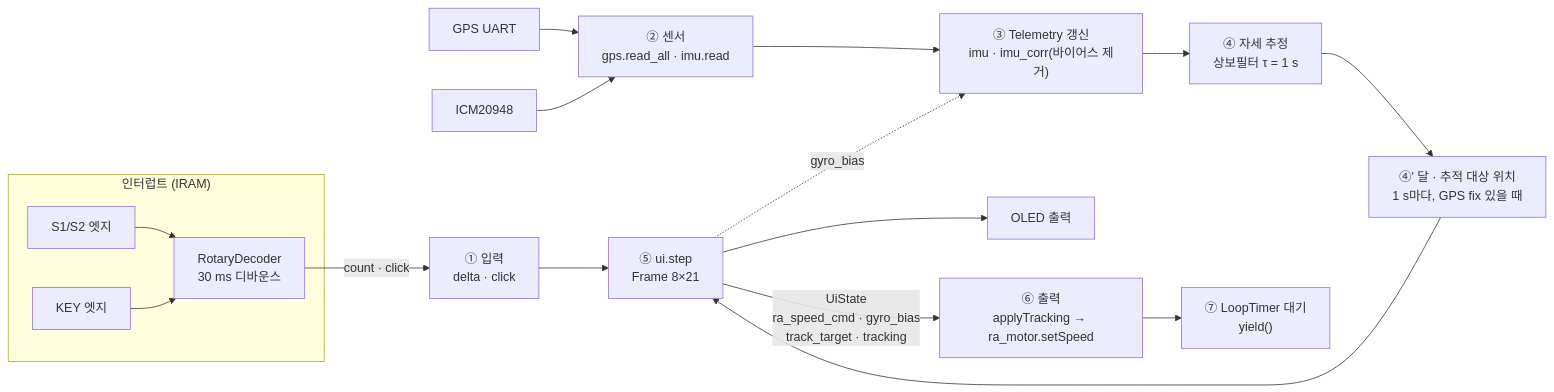
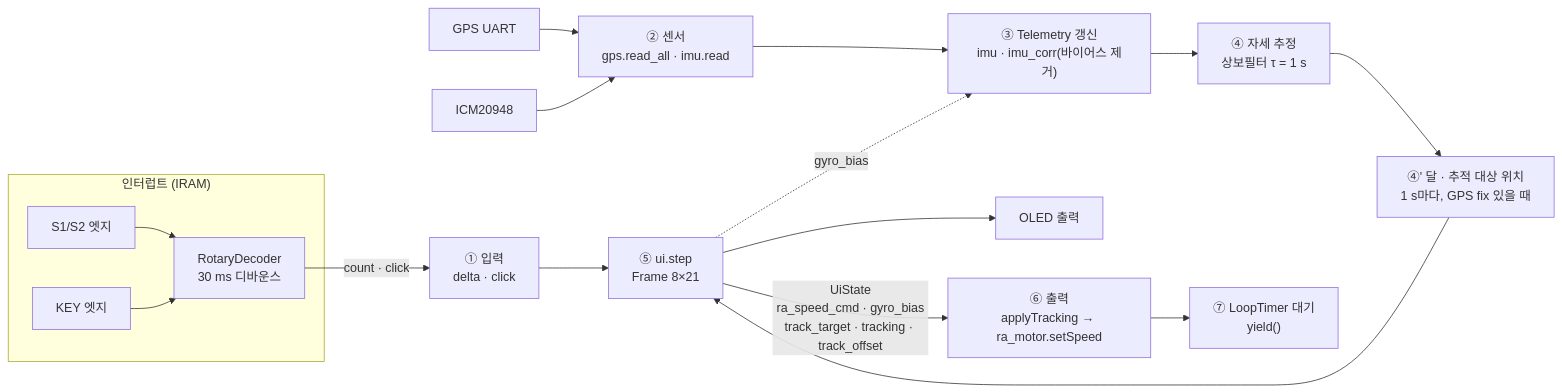
One commit to Kimbyung-wook/EspGotoTelescope changed the second of 3 diagrams in docs/architecture/ARCHITECTURE.md. Above: the diagram before and after it, drawn with Mermaid. The commit also changed 16 other files, not shown here.

````diff
--- a/docs/architecture/ARCHITECTURE.md
+++ b/docs/architecture/ARCHITECTURE.md
@@ -124,20 +124,20 @@
 ```mermaid
 flowchart LR
   subgraph ISR["인터럽트 (IRAM)"]
     E1["S1/S2 엣지"] --> DEC["RotaryDecoder<br/>30 ms 디바운스"]
     E2["KEY 엣지"] --> DEC
   end
 
   DEC -- "count · click" --> IN["① 입력<br/>delta · click"]
   GPSDEV["GPS UART"] --> SEN["② 센서<br/>gps.read_all · imu.read"]
   IMUDEV["ICM20948"] --> SEN
   SEN --> TEL["③ Telemetry 갱신<br/>imu · imu_corr(바이어스 제거)"]
   TEL --> ESTI["④ 자세 추정<br/>상보필터 τ = 1 s"]
   ESTI --> MOON["④' 달 · 추적 대상 위치<br/>1 s마다, GPS fix 있을 때"]
   MOON --> UISTEP["⑤ ui.step<br/>Frame 8×21"]
   IN --> UISTEP
   UISTEP --> DISP["OLED 출력"]
-  UISTEP -- "UiState<br/>ra_speed_cmd · gyro_bias<br/>track_target · tracking" --> OUT["⑥ 출력<br/>applyTracking → ra_motor.setSpeed"]
+  UISTEP -- "UiState<br/>ra_speed_cmd · gyro_bias<br/>track_target · tracking · track_offset" --> OUT["⑥ 출력<br/>applyTracking → ra_motor.setSpeed"]
   UISTEP -. "gyro_bias" .-> TEL
   OUT --> WAIT["⑦ LoopTimer 대기<br/>yield()"]
 ```
````
